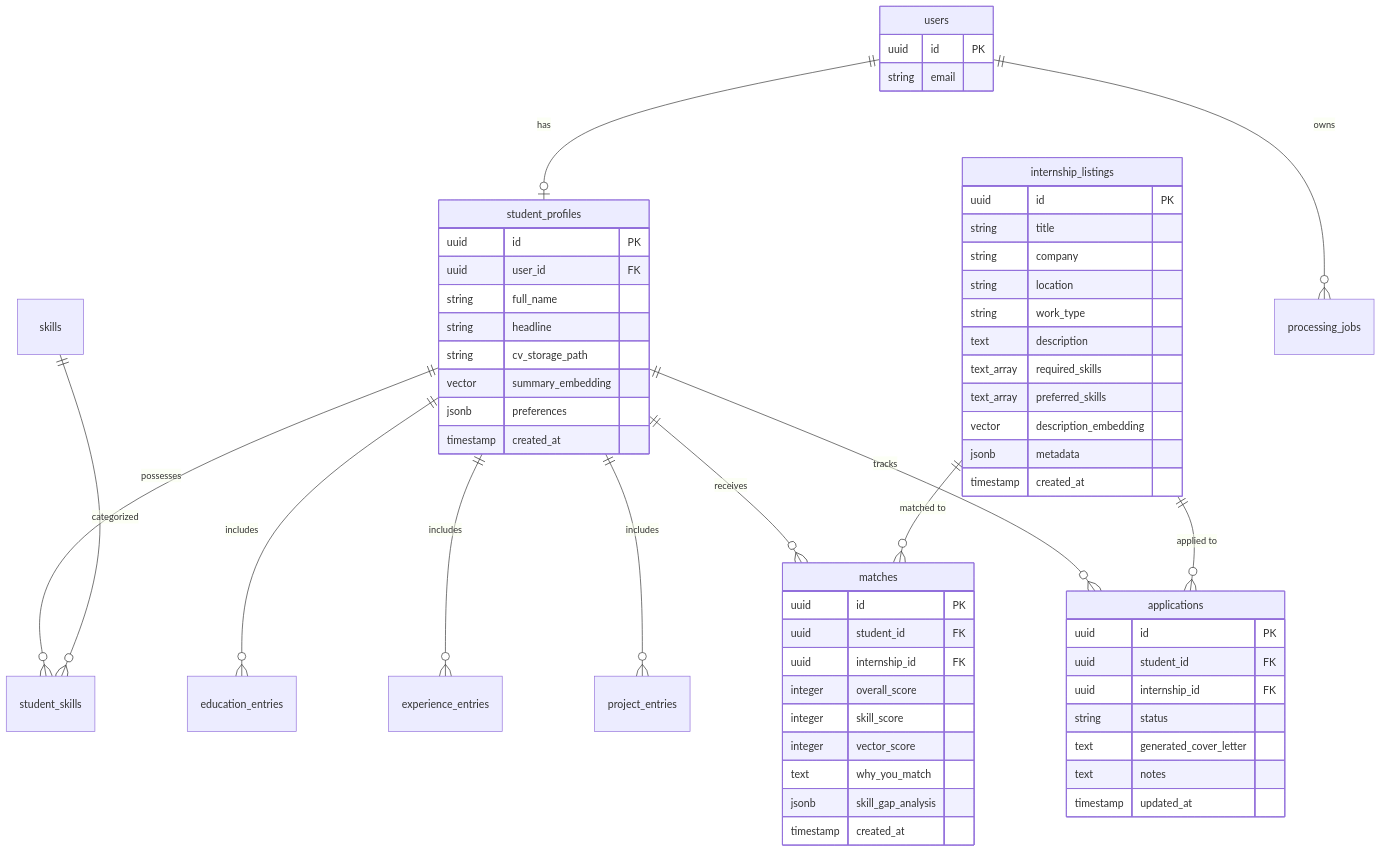
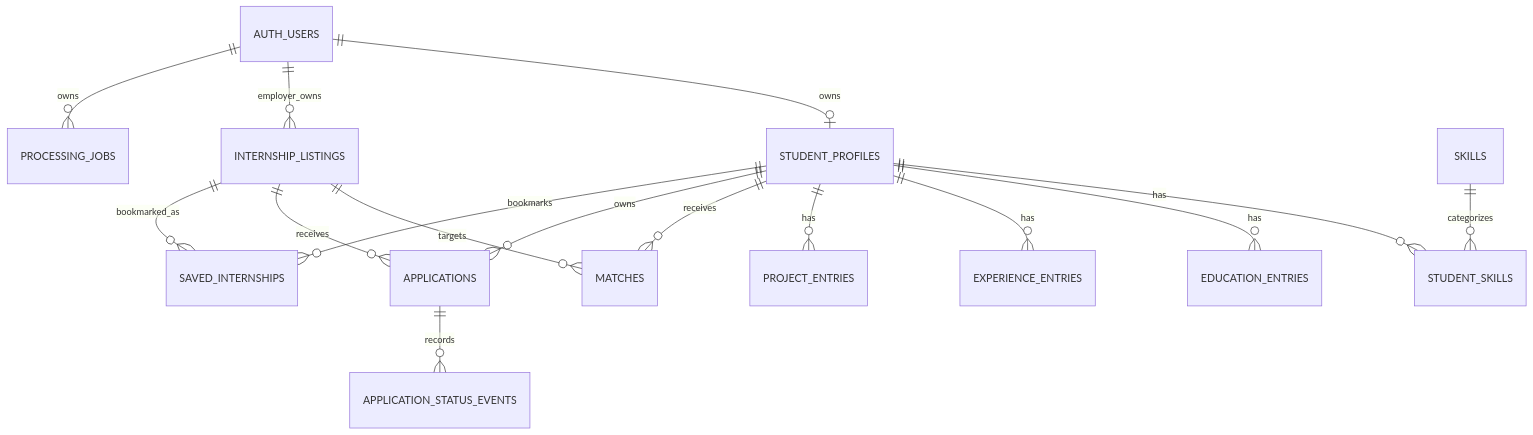
One commit to AISSCLUB/InternMatch-AI changed the diagram in docs/DATABASE.md. Above: the diagram before and after it, drawn with Mermaid. The commit also changed other lines of this file and 12 other files, not shown here.

````diff
--- a/docs/DATABASE.md
+++ b/docs/DATABASE.md
@@ -14,66 +36,24 @@
 ```mermaid
 erDiagram
-    users ||--o| student_profiles : "has"
-    student_profiles ||--o{ student_skills : "possesses"
-    skills ||--o{ student_skills : "categorized"
-    student_profiles ||--o{ education_entries : "includes"
-    student_profiles ||--o{ experience_entries : "includes"
-    student_profiles ||--o{ project_entries : "includes"
-    student_profiles ||--o{ matches : "receives"
-    internship_listings ||--o{ matches : "matched to"
-    student_profiles ||--o{ applications : "tracks"
-    internship_listings ||--o{ applications : "applied to"
-    users ||--o{ processing_jobs : "owns"
+    AUTH_USERS ||--o| STUDENT_PROFILES : owns
+    AUTH_USERS ||--o{ INTERNSHIP_LISTINGS : employer_owns
+    AUTH_USERS ||--o{ PROCESSING_JOBS : owns
 
-    users {
-        uuid id PK
-        string email
-    }
+    STUDENT_PROFILES ||--o{ STUDENT_SKILLS : has
+    SKILLS ||--o{ STUDENT_SKILLS : categorizes
 
-    student_profiles {
-        uuid id PK
-        uuid user_id FK
-        string full_name
-        string headline
-        string cv_storage_path
-        vector summary_embedding
-        jsonb preferences
-        timestamp created_at
-    }
+    STUDENT_PROFILES ||--o{ EDUCATION_ENTRIES : has
+    STUDENT_PROFILES ||--o{ EXPERIENCE_ENTRIES : has
+    STUDENT_PROFILES ||--o{ PROJECT_ENTRIES : has
 
-    internship_listings {
-        uuid id PK
-        string title
-        string company
-        string location
-        string work_type
-        text description
-        text_array required_skills
-        text_array preferred_skills
-        vector description_embedding
-        jsonb metadata
-        timestamp created_at
-    }
+    STUDENT_PROFILES ||--o{ MATCHES : receives
+    INTERNSHIP_LISTINGS ||--o{ MATCHES : targets
 
-    matches {
-        uuid id PK
-        uuid student_id FK
-        uuid internship_id FK
-        integer overall_score
-        integer skill_score
-        integer vector_score
-        text why_you_match
-        jsonb skill_gap_analysis
-        timestamp created_at
-    }
+    STUDENT_PROFILES ||--o{ APPLICATIONS : owns
+    INTERNSHIP_LISTINGS ||--o{ APPLICATIONS : receives
 
-    applications {
-        uuid id PK
-        uuid student_id FK
-        uuid internship_id FK
-        string status
-        text generated_cover_letter
-        text notes
-        timestamp updated_at
-    }
+    STUDENT_PROFILES ||--o{ SAVED_INTERNSHIPS : bookmarks
+    INTERNSHIP_LISTINGS ||--o{ SAVED_INTERNSHIPS : bookmarked_as
+
+    APPLICATIONS ||--o{ APPLICATION_STATUS_EVENTS : records
 ```
````
